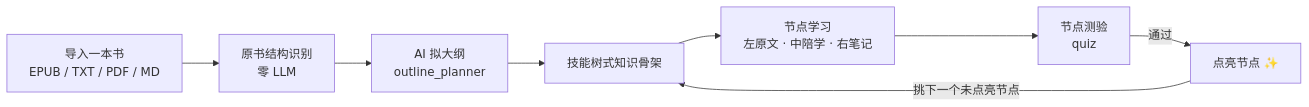
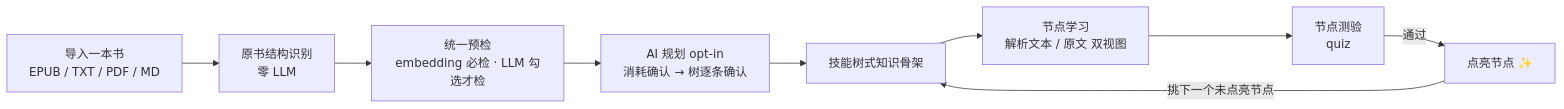
The diagram in README.md (wangzf657/BetterOneself), drawn with Mermaid before and after one commit. The commit also changed other lines of this file and 27 other files, not shown here.

First line of the commit message:
feat: B6-07 原文双视图前端全量——四格式渲染与双向定位，V0.1.1 收尾

````diff
--- a/README.md
+++ b/README.md
@@ -19,10 +19,11 @@
 ```mermaid
 flowchart LR
     A[导入一本书<br/>EPUB / TXT / PDF / MD] --> B[原书结构识别<br/>零 LLM]
-    B --> C[AI 拟大纲<br/>outline_planner]
-    C --> D[技能树式知识骨架]
-    D --> E[节点学习<br/>左原文 · 中陪学 · 右笔记]
-    E --> F[节点测验<br/>quiz]
-    F -->|通过| G[点亮节点 ✨]
-    G -->|挑下一个未点亮节点| D
+    B --> C[统一预检<br/>embedding 必检 · LLM 勾选才检]
+    C --> D[AI 规划 opt-in<br/>消耗确认 → 树逐条确认]
+    D --> E[技能树式知识骨架]
+    E --> F[节点学习<br/>解析文本 / 原文 双视图]
+    F --> G[节点测验<br/>quiz]
+    G -->|通过| H[点亮节点 ✨]
+    H -->|挑下一个未点亮节点| E
 ```
````
